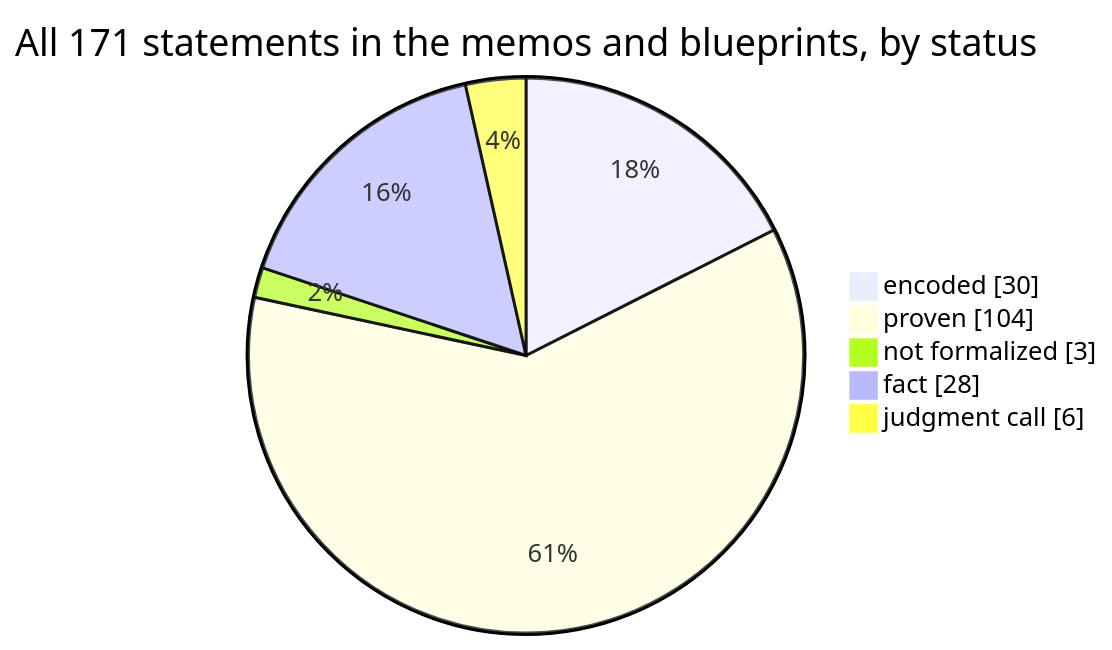
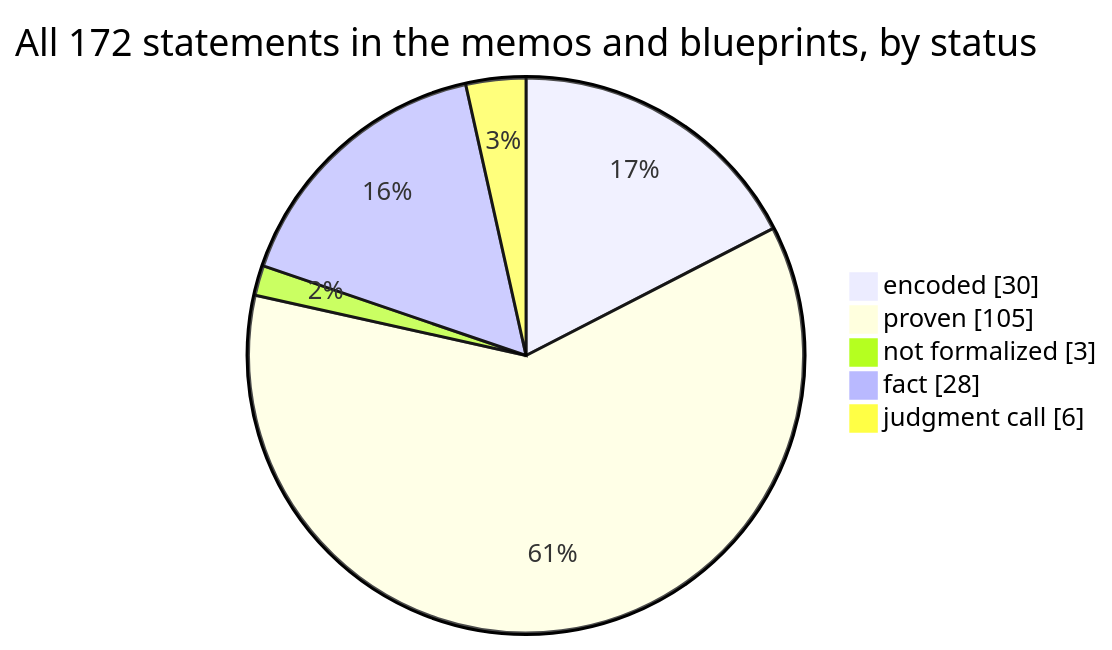
Before and after one commit to SeanWMurray/Canteen: the first of 4 diagrams in docs/graphs/dashboard.md, drawn with Mermaid. The commit also changed other lines of this file and 16 other files, not shown here.

````diff
--- a/docs/graphs/dashboard.md
+++ b/docs/graphs/dashboard.md
@@ -11,8 +11,8 @@
 ```mermaid
-pie showData title All 171 statements in the memos and blueprints, by status
+pie showData title All 172 statements in the memos and blueprints, by status
     "encoded" : 30
-    "proven" : 104
+    "proven" : 105
     "not formalized" : 3
     "fact" : 28
     "judgment call" : 6
 ```
````
